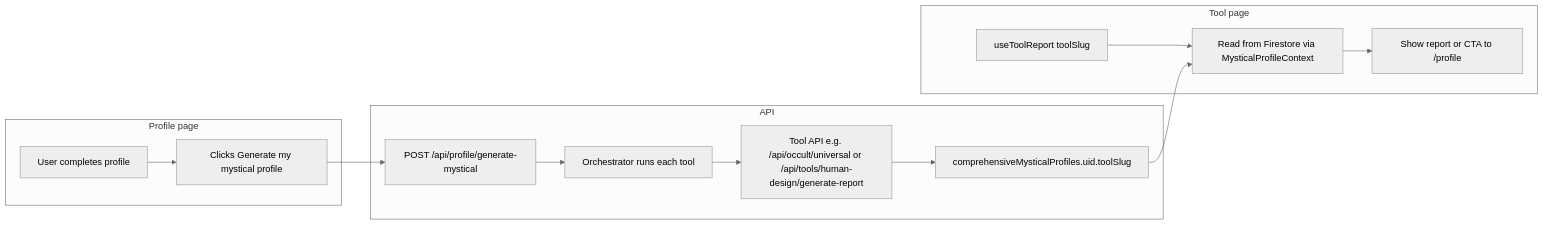
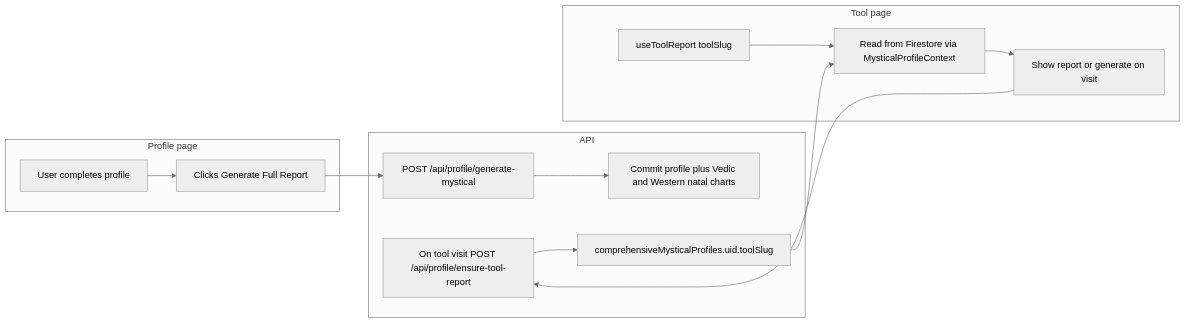
Before and after one commit to AndyOliverR/FutureSeer: the diagram in docs/TOOLS_REPORT_STUDY.md, drawn with Mermaid (neutral theme). The commit also changed other lines of this file and 189 other files, not shown here.

````diff
--- a/docs/TOOLS_REPORT_STUDY.md
+++ b/docs/TOOLS_REPORT_STUDY.md
@@ -9,21 +9,22 @@
 ```mermaid
 flowchart LR
   subgraph profile [Profile page]
     A[User completes profile]
-    B[Clicks Generate my mystical profile]
+    B[Clicks Generate Full Report]
   end
   subgraph api [API]
     C[POST /api/profile/generate-mystical]
-    D[Orchestrator runs each tool]
-    E[Tool API e.g. /api/occult/universal or /api/tools/human-design/generate-report]
+    D[Commit profile plus Vedic and Western natal charts]
+    E[On tool visit POST /api/profile/ensure-tool-report]
     F[comprehensiveMysticalProfiles.uid.toolSlug]
   end
   subgraph toolPage [Tool page]
     G[useToolReport toolSlug]
     H[Read from Firestore via MysticalProfileContext]
-    I[Show report or CTA to /profile]
+    I[Show report or generate on visit]
   end
-  A --> B --> C --> D --> E --> F
+  A --> B --> C --> D
   G --> H --> I
+  I --> E --> F
   F --> H
 ```
````
